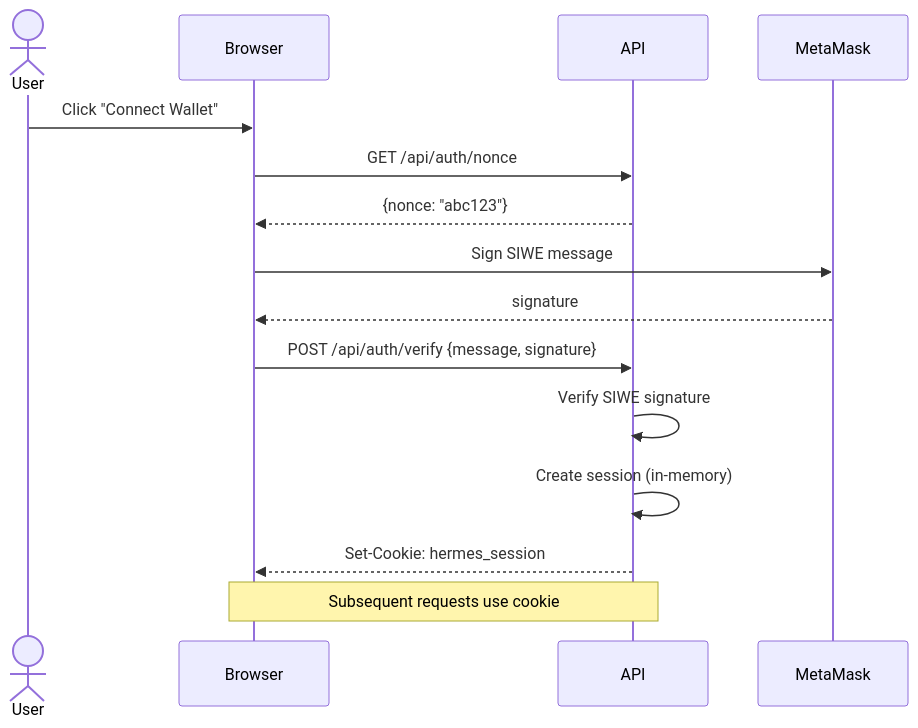
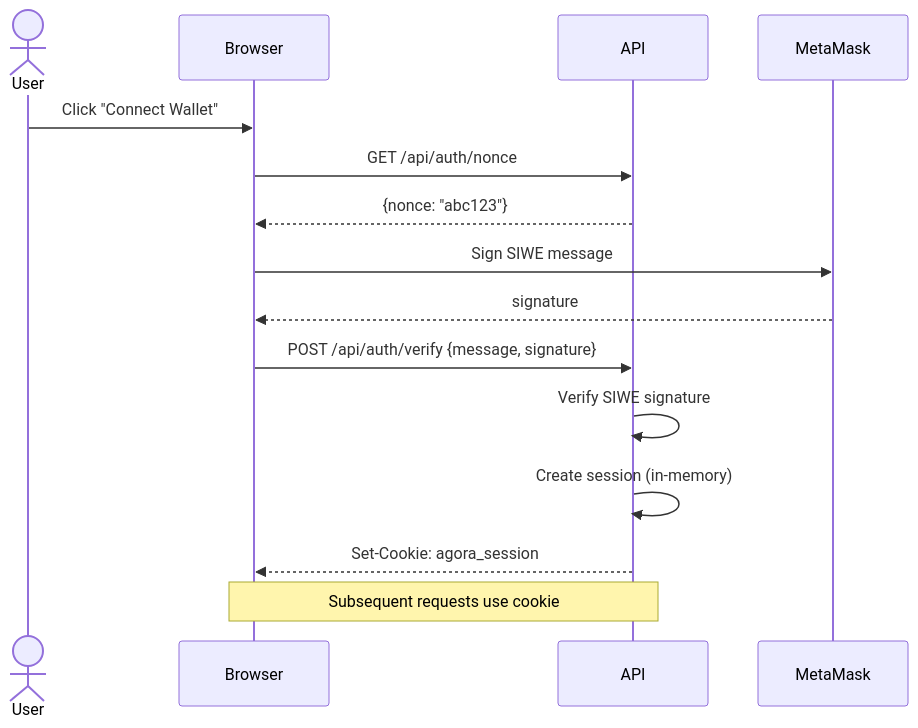
Diagram 13 of 15 in docs/architecture.md (andymolecule/Agora), drawn with Mermaid before and after one commit. The commit also changed other lines of this file and 205 other files, not shown here.

Commit message:
rebrand: complete Hermes to Agora cutover

````diff
--- a/docs/architecture.md
+++ b/docs/architecture.md
@@ -529,18 +529,18 @@
 ```mermaid
 sequenceDiagram
     actor User
     participant Browser
     participant API
     participant Wallet as MetaMask
 
     User->>Browser: Click "Connect Wallet"
     Browser->>API: GET /api/auth/nonce
     API-->>Browser: {nonce: "abc123"}
     Browser->>Wallet: Sign SIWE message
     Wallet-->>Browser: signature
     Browser->>API: POST /api/auth/verify {message, signature}
     API->>API: Verify SIWE signature
     API->>API: Create session (in-memory)
-    API-->>Browser: Set-Cookie: hermes_session
+    API-->>Browser: Set-Cookie: agora_session
     Note over Browser,API: Subsequent requests use cookie
 ```
````
